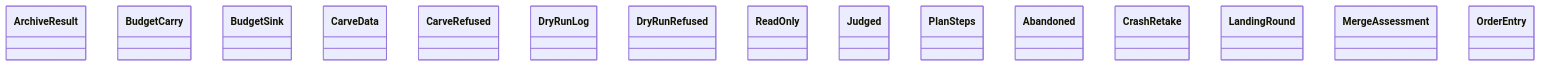
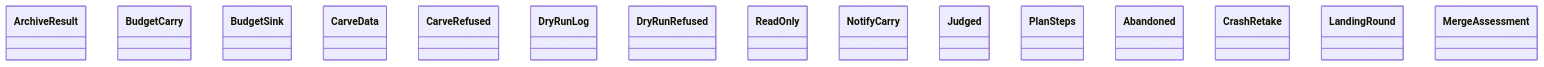
One commit to GonzaloZevallos/agentic-system changed the diagram in docs/architecture/generated/classes-process-application-lifecycle-1.md. Above: the diagram before and after it, drawn with Mermaid. The commit also changed 3 other files, not shown here.

First line of the commit message:
Place the notify use case in the lifecycle cluster and regenerate its diagrams

````diff
--- a/docs/architecture/generated/classes-process-application-lifecycle-1.md
+++ b/docs/architecture/generated/classes-process-application-lifecycle-1.md
@@ -21,18 +21,18 @@
 ```mermaid
 classDiagram
     class archive__ArchiveResult["ArchiveResult"]
     class budget_round__BudgetCarry["BudgetCarry"]
     class budget_round__BudgetSink["BudgetSink"]
     class carve_out__CarveData["CarveData"]
     class carve_out__CarveRefused["CarveRefused"]
     class dry_run__DryRunLog["DryRunLog"]
     class dry_run__DryRunRefused["DryRunRefused"]
     class dry_run__ReadOnly["ReadOnly"]
+    class notify__NotifyCarry["NotifyCarry"]
     class plan_carve_out__Judged["Judged"]
     class plan_carve_out__PlanSteps["PlanSteps"]
     class poll__Abandoned["Abandoned"]
     class poll__CrashRetake["CrashRetake"]
     class poll__LandingRound["LandingRound"]
     class poll__MergeAssessment["MergeAssessment"]
-    class poll__OrderEntry["OrderEntry"]
 ```
````
